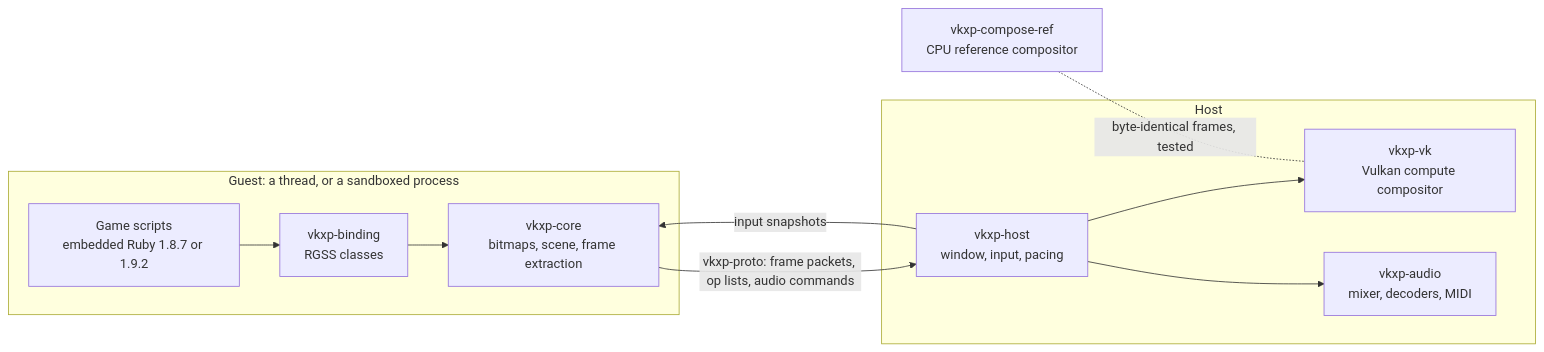
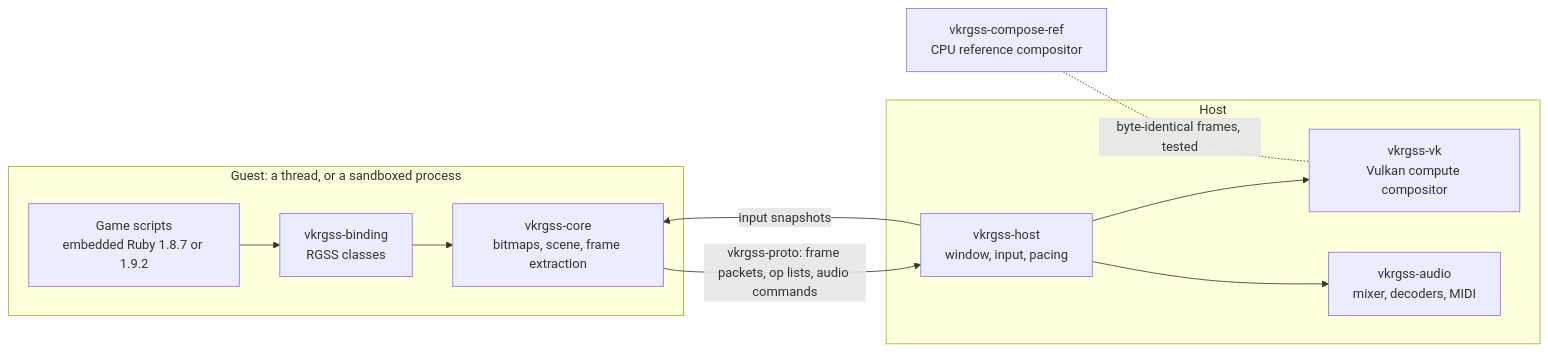
Before and after one commit to xuyanwen2012/vkrgss-rs: the diagram in README.md, drawn with Mermaid. The commit also changed other lines of this file and 1071 other files, not shown here.

First line of the commit message:
Rename vkxp to vkrgss by the substitution rule

````diff
--- a/README.md
+++ b/README.md
@@ -138,14 +138,14 @@
 ```mermaid
 flowchart LR
   subgraph guest["Guest: a thread, or a sandboxed process"]
-    scripts["Game scripts<br>embedded Ruby 1.8.7 or 1.9.2"] --> binding["vkxp-binding<br>RGSS classes"]
-    binding --> core["vkxp-core<br>bitmaps, scene, frame extraction"]
+    scripts["Game scripts<br>embedded Ruby 1.8.7 or 1.9.2"] --> binding["vkrgss-binding<br>RGSS classes"]
+    binding --> core["vkrgss-core<br>bitmaps, scene, frame extraction"]
   end
   subgraph host["Host"]
-    session["vkxp-host<br>window, input, pacing"] --> vk["vkxp-vk<br>Vulkan compute compositor"]
-    session --> audio["vkxp-audio<br>mixer, decoders, MIDI"]
+    session["vkrgss-host<br>window, input, pacing"] --> vk["vkrgss-vk<br>Vulkan compute compositor"]
+    session --> audio["vkrgss-audio<br>mixer, decoders, MIDI"]
   end
-  core -- "vkxp-proto: frame packets, op lists, audio commands" --> session
+  core -- "vkrgss-proto: frame packets, op lists, audio commands" --> session
   session -- "input snapshots" --> core
-  cpu["vkxp-compose-ref<br>CPU reference compositor"] -. "byte-identical frames, tested" .- vk
+  cpu["vkrgss-compose-ref<br>CPU reference compositor"] -. "byte-identical frames, tested" .- vk
 ```
````
